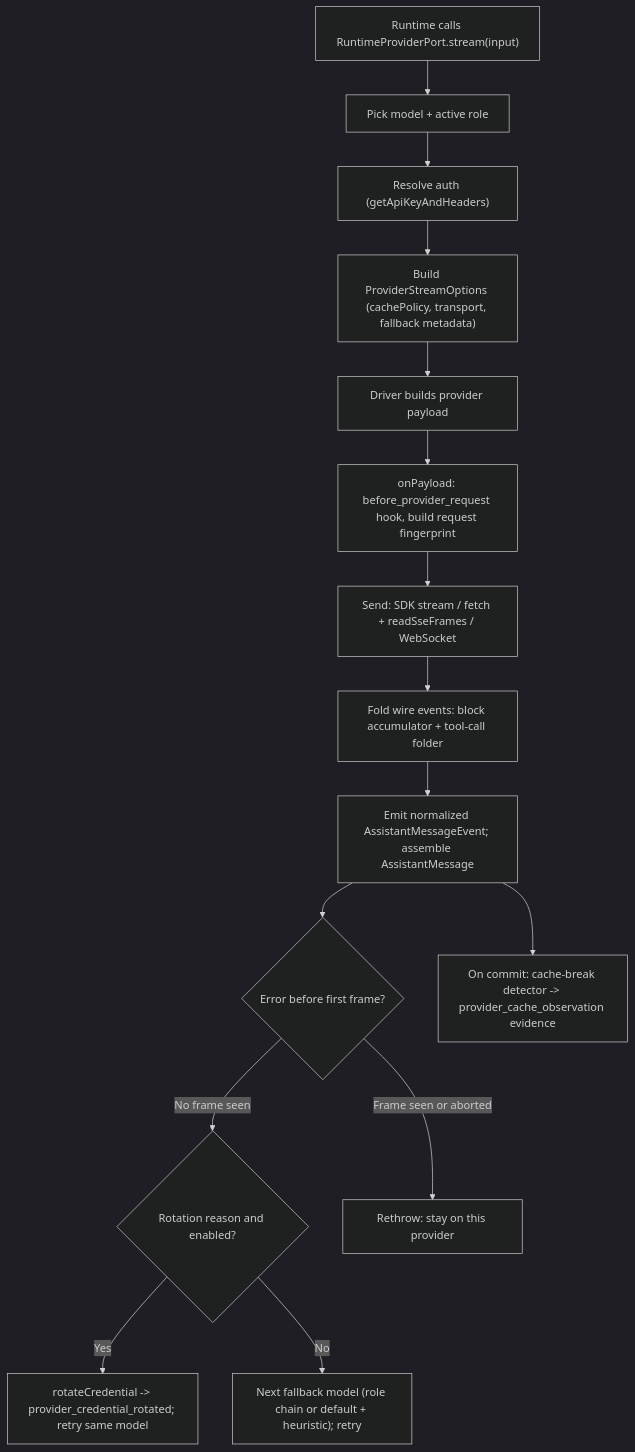
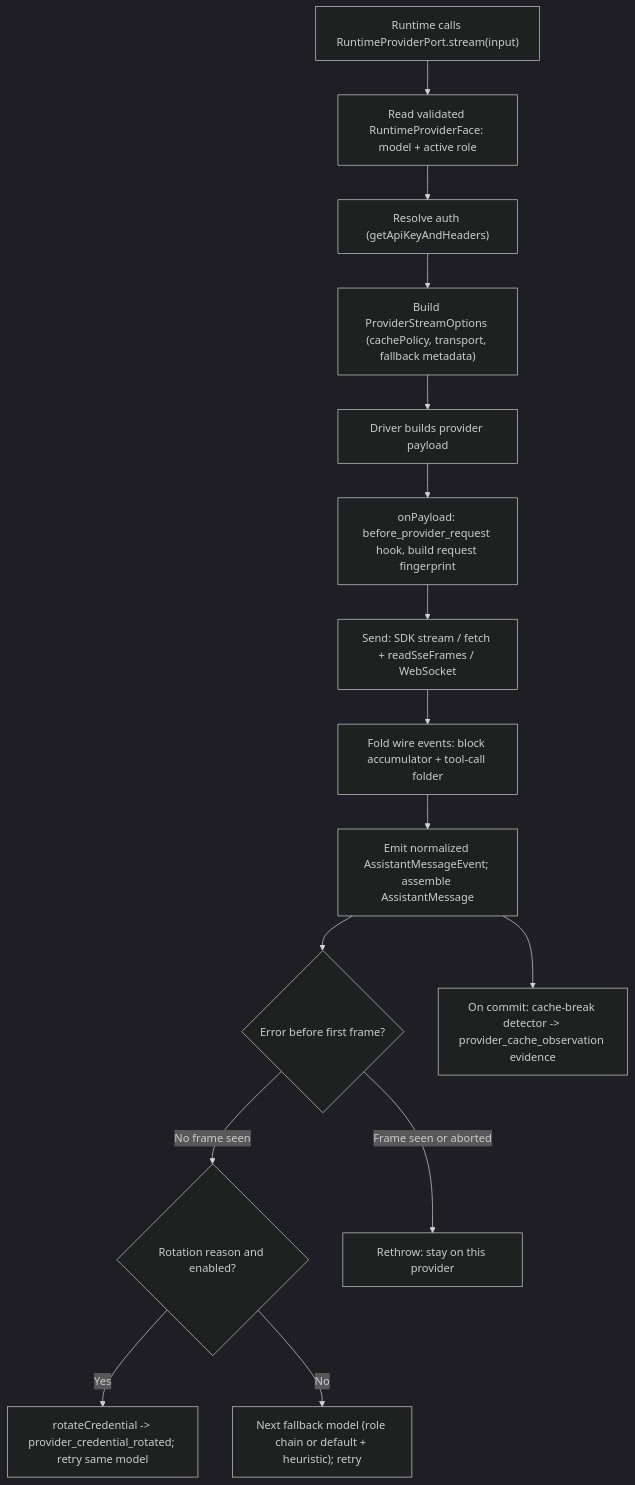
One commit to arcthur/brewva changed the diagram in docs/journeys/internal/provider-turn-streaming-and-fallback.md. Above: the diagram before and after it, drawn with Mermaid (dark theme). The commit also changed other lines of this file and 122 other files, not shown here.

````diff
--- a/docs/journeys/internal/provider-turn-streaming-and-fallback.md
+++ b/docs/journeys/internal/provider-turn-streaming-and-fallback.md
@@ -57,17 +57,17 @@
 ```mermaid
 flowchart TD
-  A["Runtime calls RuntimeProviderPort.stream(input)"] --> B["Pick model + active role"]
+  A["Runtime calls RuntimeProviderPort.stream(input)"] --> B["Read validated RuntimeProviderFace: model + active role"]
   B --> C["Resolve auth (getApiKeyAndHeaders)"]
   C --> D["Build ProviderStreamOptions (cachePolicy, transport, fallback metadata)"]
   D --> E["Driver builds provider payload"]
   E --> F["onPayload: before_provider_request hook, build request fingerprint"]
   F --> G["Send: SDK stream / fetch + readSseFrames / WebSocket"]
   G --> H["Fold wire events: block accumulator + tool-call folder"]
   H --> I["Emit normalized AssistantMessageEvent; assemble AssistantMessage"]
   I --> J{"Error before first frame?"}
   J -->|No frame seen| K{"Rotation reason and enabled?"}
   K -->|Yes| L["rotateCredential -> provider_credential_rotated; retry same model"]
   K -->|No| M["Next fallback model (role chain or default + heuristic); retry"]
   J -->|Frame seen or aborted| N["Rethrow: stay on this provider"]
   I --> O["On commit: cache-break detector -> provider_cache_observation evidence"]
 ```
````
